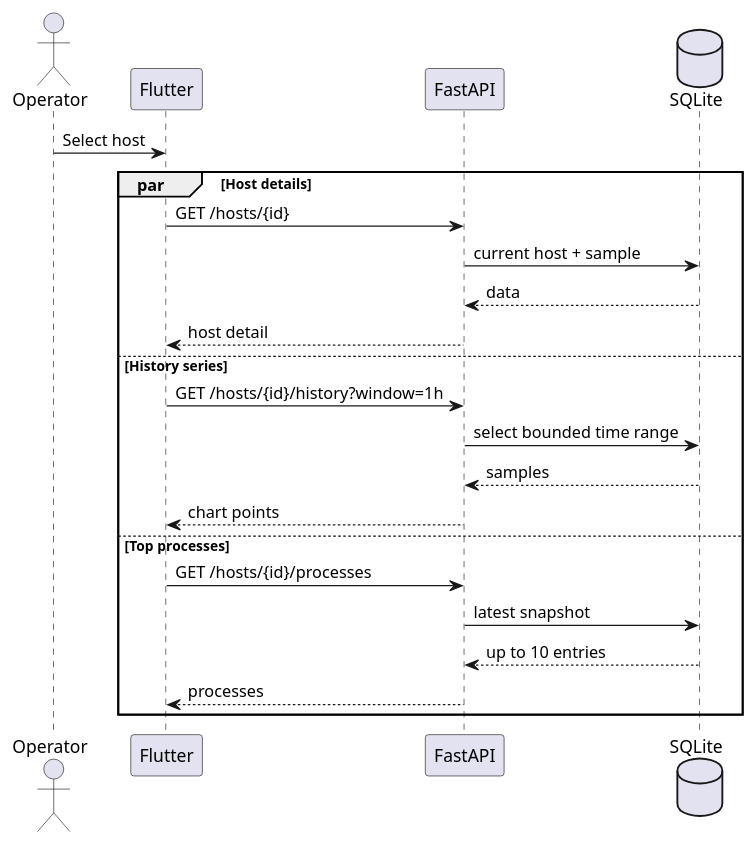
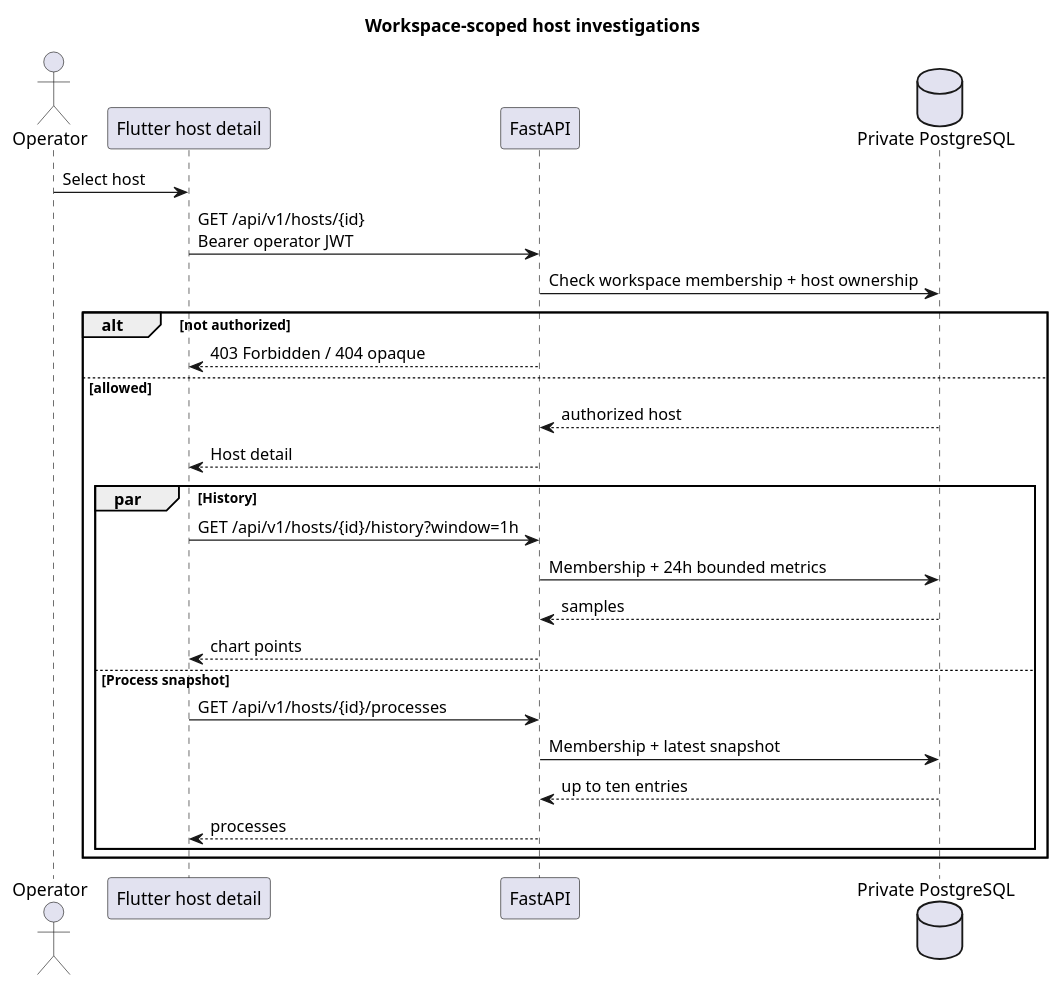
The diagram in docs/uml/plantuml/23_seq_host_detail.puml (Adam-BArbia/fleetluma), drawn with PlantUML before and after one commit.

Commit message:
docs(FL-31): align 23_seq_host_detail.puml with pairing v0.1

```diff
--- a/docs/uml/plantuml/23_seq_host_detail.puml
+++ b/docs/uml/plantuml/23_seq_host_detail.puml
@@ -1,23 +1,27 @@
 @startuml 23_seq_host_detail
+title Workspace-scoped host investigations
 actor Operator
-participant Flutter as UI
-participant FastAPI as API
-database SQLite as DB
+participant "Flutter host detail" as UI
+participant "FastAPI" as API
+database "Private PostgreSQL" as DB
 Operator -> UI : Select host
-par Host details
- UI -> API : GET /hosts/{id}
- API -> DB : current host + sample
- DB --> API : data
- API --> UI : host detail
-else History series
- UI -> API : GET /hosts/{id}/history?window=1h
- API -> DB : select bounded time range
- DB --> API : samples
- API --> UI : chart points
-else Top processes
- UI -> API : GET /hosts/{id}/processes
- API -> DB : latest snapshot
- DB --> API : up to 10 entries
- API --> UI : processes
+UI -> API : GET /api/v1/hosts/{id}\nBearer operator JWT
+API -> DB : Check workspace membership + host ownership
+alt not authorized
+ API --> UI : 403 Forbidden / 404 opaque
+else allowed
+ DB --> API : authorized host
+ API --> UI : Host detail
+ par History
+  UI -> API : GET /api/v1/hosts/{id}/history?window=1h
+  API -> DB : Membership + 24h bounded metrics
+  DB --> API : samples
+  API --> UI : chart points
+ else Process snapshot
+  UI -> API : GET /api/v1/hosts/{id}/processes
+  API -> DB : Membership + latest snapshot
+  DB --> API : up to ten entries
+  API --> UI : processes
+ end
 end
 @enduml
```
